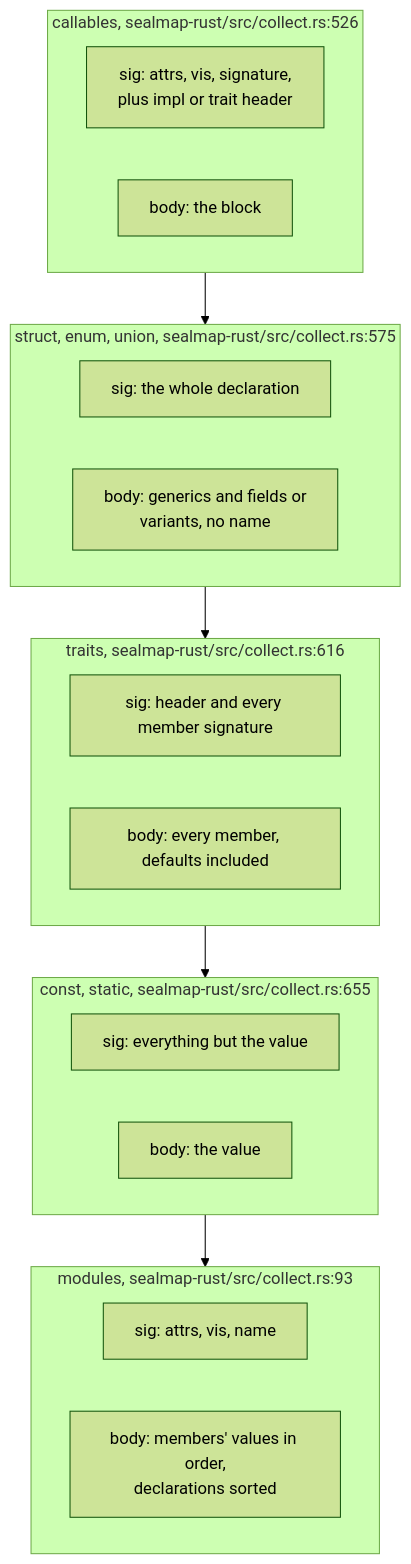
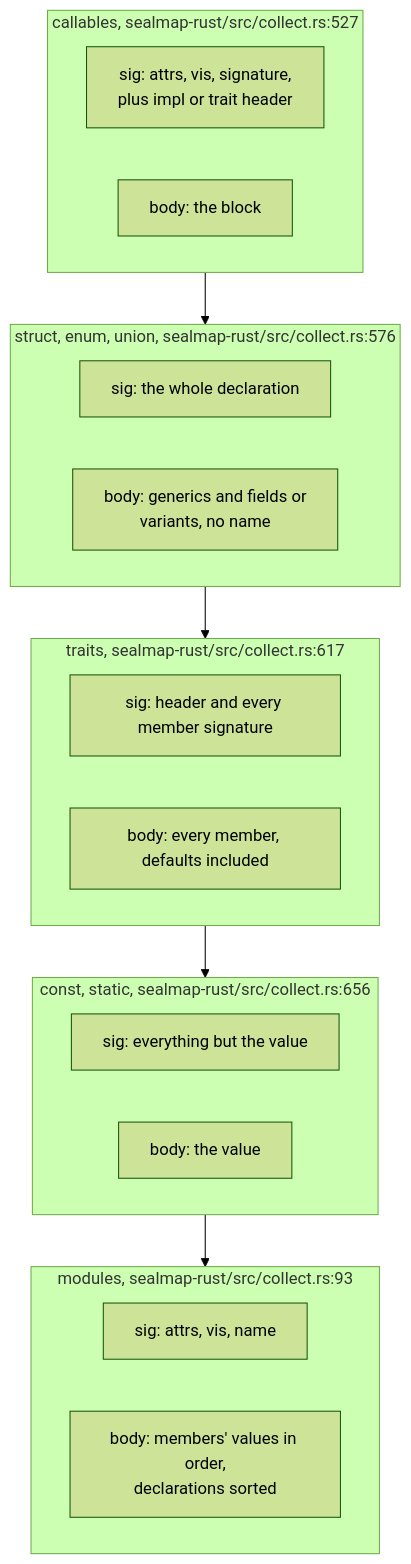
The third of 6 diagrams in docs/diagrams/extract/06-signature-and-body-fingerprints.md (DreamLab-AI/codemaid), drawn with Mermaid (forest theme) before and after one commit. The commit also changed other lines of this file and 21 other files, not shown here.

````diff
--- a/docs/diagrams/extract/06-signature-and-body-fingerprints.md
+++ b/docs/diagrams/extract/06-signature-and-body-fingerprints.md
@@ -133,24 +133,24 @@
 ```mermaid
 flowchart TB
-    subgraph CALL["callables, sealmap-rust/src/collect.rs:526"]
+    subgraph CALL["callables, sealmap-rust/src/collect.rs:527"]
         CS["sig: attrs, vis, signature,<br/>plus impl or trait header"]
         CB["body: the block"]
     end
-    subgraph DATA["struct, enum, union, sealmap-rust/src/collect.rs:575"]
+    subgraph DATA["struct, enum, union, sealmap-rust/src/collect.rs:576"]
         DS["sig: the whole declaration"]
         DB["body: generics and fields or<br/>variants, no name"]
     end
-    subgraph TRAIT["traits, sealmap-rust/src/collect.rs:616"]
+    subgraph TRAIT["traits, sealmap-rust/src/collect.rs:617"]
         TS["sig: header and every member signature"]
         TB["body: every member, defaults included"]
     end
-    subgraph VALUE["const, static, sealmap-rust/src/collect.rs:655"]
+    subgraph VALUE["const, static, sealmap-rust/src/collect.rs:656"]
         VS["sig: everything but the value"]
         VB["body: the value"]
     end
     subgraph MODULE["modules, sealmap-rust/src/collect.rs:93"]
         MS["sig: attrs, vis, name"]
         MB["body: members' values in order,<br/>declarations sorted"]
     end
     CALL --> DATA --> TRAIT --> VALUE --> MODULE
 ```
````
